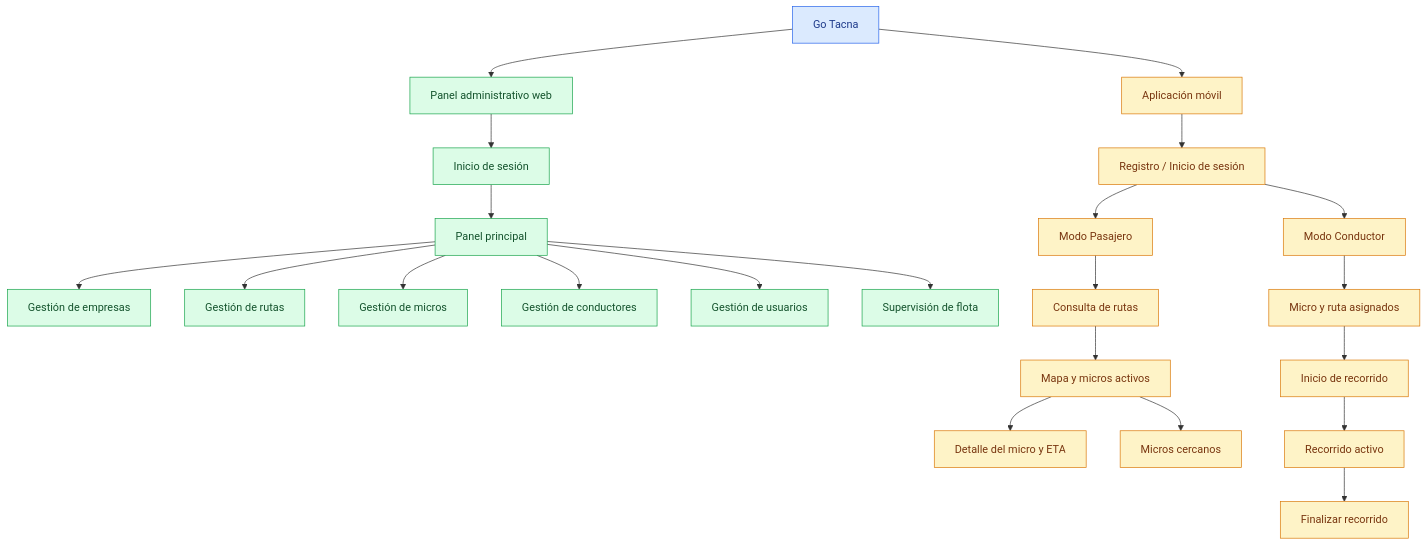
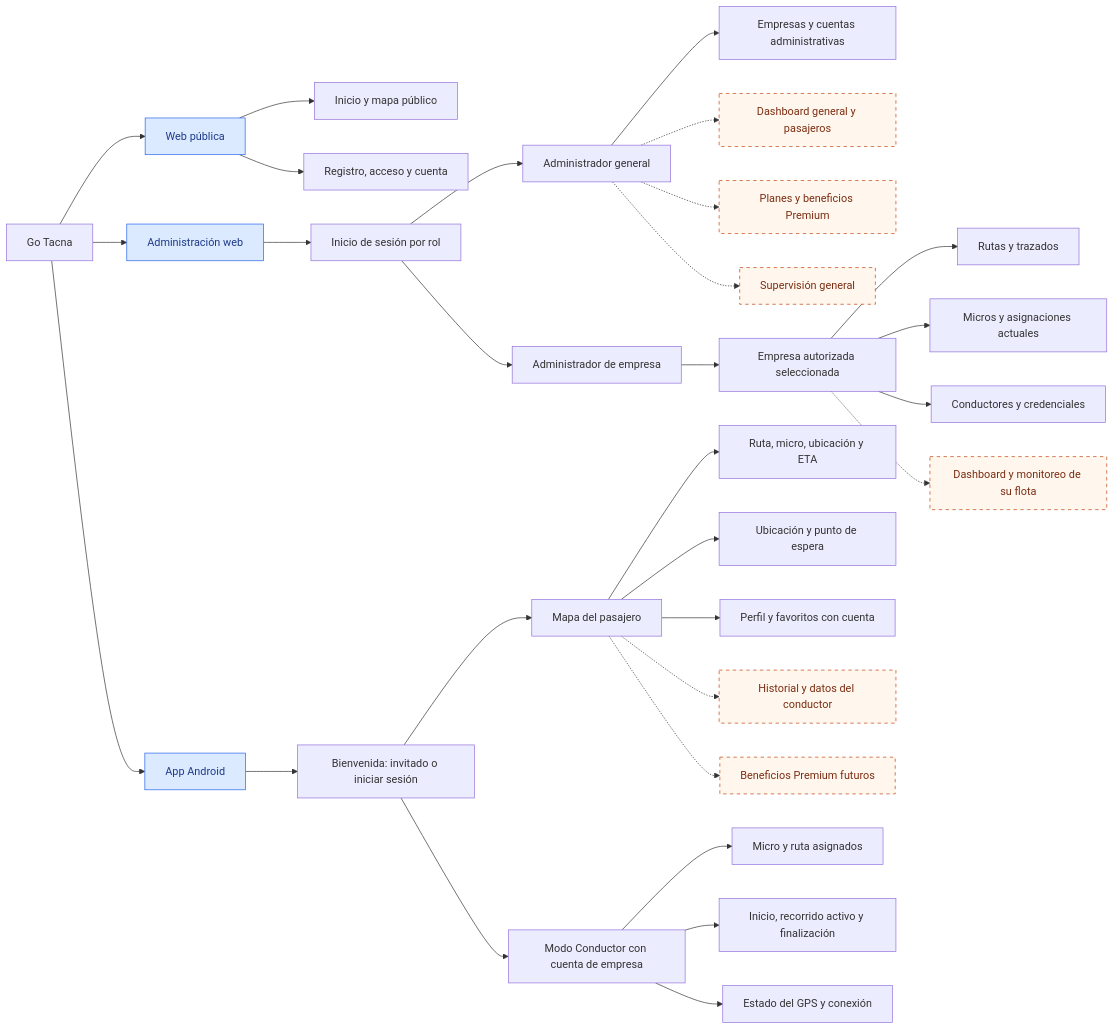
One commit to tuChaski/go-tacna-docs changed the diagram in diagramas/fuente/mapa-del-sitio.mmd. Above: the diagram before and after it, drawn with Mermaid. The commit also changed 5 other files, not shown here.

First line of the commit message:
docs(diseno): completa mapa del sitio e inventario de vistas

```diff
--- a/diagramas/fuente/mapa-del-sitio.mmd
+++ b/diagramas/fuente/mapa-del-sitio.mmd
@@ -1,34 +1,37 @@
-flowchart TD
-    A["Go Tacna"] --> B["Panel administrativo web"]
-    A --> C["Aplicación móvil"]
+flowchart LR
+    GT["Go Tacna"] --> WEB["Web pública"]
+    GT --> ADM["Administración web"]
+    GT --> APP["App Android"]
 
-    B --> D["Inicio de sesión"]
-    D --> E["Panel principal"]
-    E --> F["Gestión de empresas"]
-    E --> G["Gestión de rutas"]
-    E --> H["Gestión de micros"]
-    E --> I["Gestión de conductores"]
-    E --> J["Gestión de usuarios"]
-    E --> K["Supervisión de flota"]
+    WEB --> PUB["Inicio y mapa público"]
+    WEB --> CUENTA["Registro, acceso y cuenta"]
 
-    C --> L["Registro / Inicio de sesión"]
-    L --> M["Modo Pasajero"]
-    L --> N["Modo Conductor"]
+    ADM --> LOGIN["Inicio de sesión por rol"]
+    LOGIN --> GENERAL["Administrador general"]
+    LOGIN --> EMPRESA["Administrador de empresa"]
+    GENERAL --> EMPRESAS["Empresas y cuentas administrativas"]
+    GENERAL -.-> PG["Dashboard general y pasajeros"]
+    GENERAL -.-> PLANES["Planes y beneficios Premium"]
+    GENERAL -.-> GLOBAL["Supervisión general"]
+    EMPRESA --> CONTEXTO["Empresa autorizada seleccionada"]
+    CONTEXTO --> RUTAS["Rutas y trazados"]
+    CONTEXTO --> MICROS["Micros y asignaciones actuales"]
+    CONTEXTO --> CONDUCTORES["Conductores y credenciales"]
+    CONTEXTO -.-> FLOTA["Dashboard y monitoreo de su flota"]
 
-    M --> O["Consulta de rutas"]
-    O --> P["Mapa y micros activos"]
-    P --> Q["Detalle del micro y ETA"]
-    P --> R["Micros cercanos"]
+    APP --> ENTRADA["Bienvenida: invitado o iniciar sesión"]
+    ENTRADA --> PASAJERO["Mapa del pasajero"]
+    ENTRADA --> DRIVER["Modo Conductor con cuenta de empresa"]
+    PASAJERO --> CONSULTA["Ruta, micro, ubicación y ETA"]
+    PASAJERO --> ESPERA["Ubicación y punto de espera"]
+    PASAJERO --> PERFIL["Perfil y favoritos con cuenta"]
+    PASAJERO -.-> HIST["Historial y datos del conductor"]
+    PASAJERO -.-> PREMIUM["Beneficios Premium futuros"]
+    DRIVER --> ASIGNADO["Micro y ruta asignados"]
+    DRIVER --> SALIDA["Inicio, recorrido activo y finalización"]
+    DRIVER --> GPS["Estado del GPS y conexión"]
 
-    N --> S["Micro y ruta asignados"]
-    S --> T["Inicio de recorrido"]
-    T --> U["Recorrido activo"]
-    U --> V["Finalizar recorrido"]
-
-    classDef principal fill:#dbeafe,stroke:#2563eb,color:#1e3a8a
-    classDef web fill:#dcfce7,stroke:#16a34a,color:#14532d
-    classDef movil fill:#fef3c7,stroke:#d97706,color:#78350f
-
-    class A principal
-    class B,D,E,F,G,H,I,J,K web
-    class C,L,M,N,O,P,Q,R,S,T,U,V movil
+    classDef ampliacion fill:#fff7ed,stroke:#c2410c,stroke-dasharray:5 5,color:#7c2d12
+    classDef canal fill:#dbeafe,stroke:#2563eb,color:#1e3a8a
+    class PG,PLANES,GLOBAL,FLOTA,HIST,PREMIUM ampliacion
+    class WEB,ADM,APP canal
```
